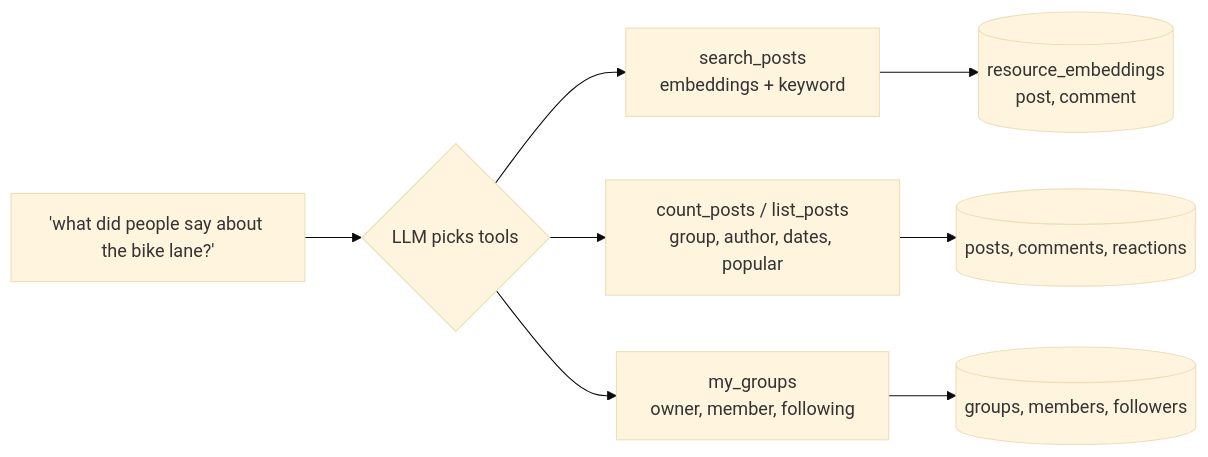
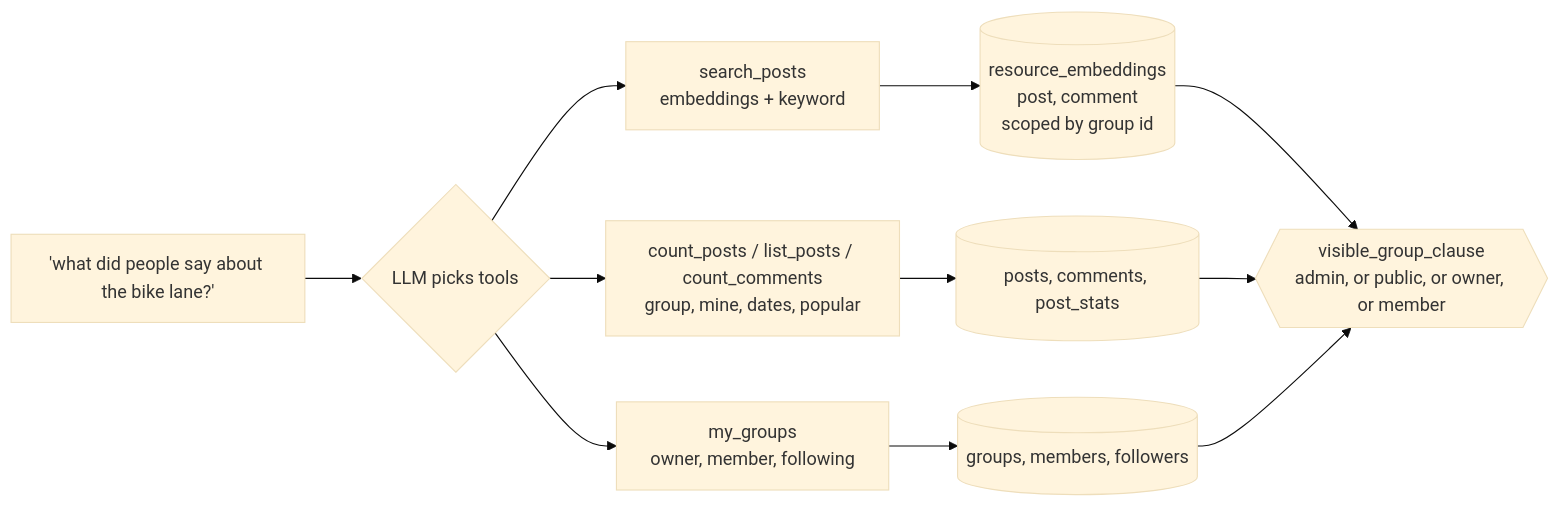
One commit to wilferraciolli/PythonTutorials changed the sixth of 6 diagrams in Tutorials/fastapi-ai/docs/social-groups.md. Above: the diagram before and after it, drawn with Mermaid (base theme). The commit also changed other lines of this file and 25 other files, not shown here.

First line of the commit message:
fastapi-ai: AI search and Ask over posts and comments (social step 5)

````diff
--- a/Tutorials/fastapi-ai/docs/social-groups.md
+++ b/Tutorials/fastapi-ai/docs/social-groups.md
@@ -432,10 +432,11 @@
 ```mermaid
 flowchart LR
     Q["'what did people say about the bike lane?'"] --> L{LLM picks tools}
     L --> T1[search_posts<br/>embeddings + keyword]
-    L --> T2[count_posts / list_posts<br/>group, author, dates, popular]
+    L --> T2[count_posts / list_posts / count_comments<br/>group, mine, dates, popular]
     L --> T3[my_groups<br/>owner, member, following]
-    T1 --> V[(resource_embeddings<br/>post, comment)]
-    T2 --> DB[(posts, comments, reactions)]
+    T1 --> V[(resource_embeddings<br/>post, comment<br/>scoped by group id)]
+    T2 --> DB[(posts, comments, post_stats)]
     T3 --> M[(groups, members, followers)]
+    V & DB & M --> F{{visible_group_clause<br/>admin, or public, or owner, or member}}
 ```
````
